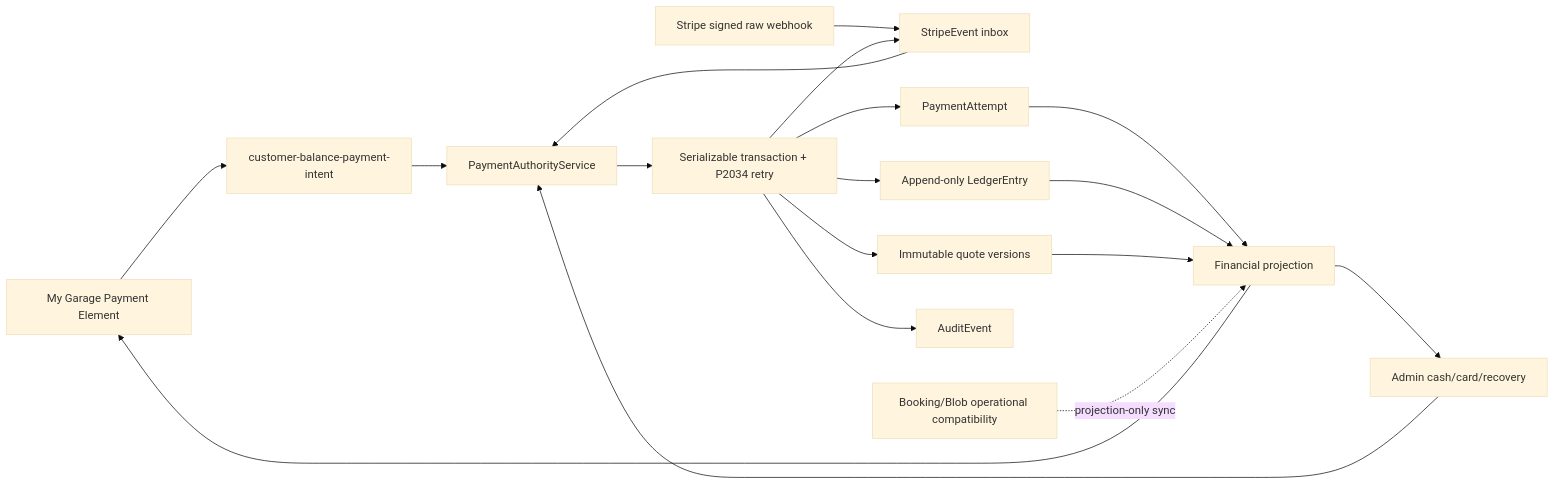
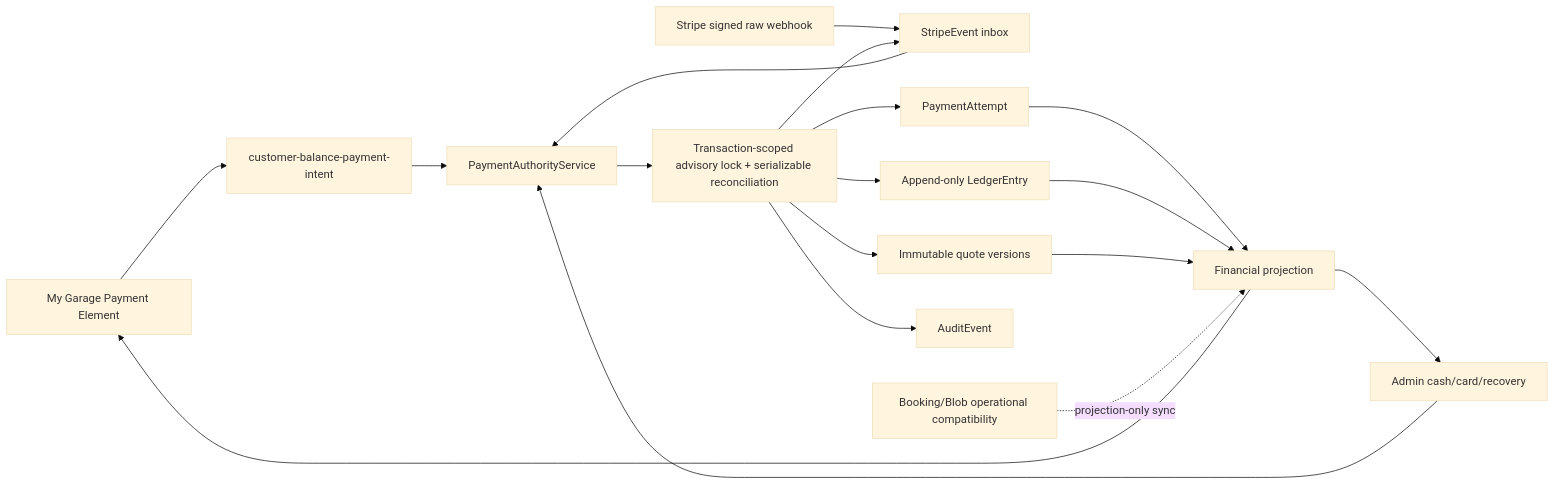
The second of 2 diagrams in docs/audit/financial-invariants-pr1-2026-08-05.md (mobiledetailusa-code/cardetail1-site), drawn with Mermaid (base theme) before and after one commit. The commit also changed other lines of this file, not shown here.

````diff
--- a/docs/audit/financial-invariants-pr1-2026-08-05.md
+++ b/docs/audit/financial-invariants-pr1-2026-08-05.md
@@ -46,20 +48,20 @@
 ```mermaid
 flowchart LR
   Garage["My Garage Payment Element"] --> BalanceFn["customer-balance-payment-intent"]
   Admin["Admin cash/card/recovery"] --> Authority["PaymentAuthorityService"]
   BalanceFn --> Authority
   Stripe["Stripe signed raw webhook"] --> Inbox["StripeEvent inbox"]
   Inbox --> Authority
-  Authority --> Tx["Serializable transaction + P2034 retry"]
+  Authority --> Tx["Transaction-scoped advisory lock + serializable reconciliation"]
   Tx --> Attempt["PaymentAttempt"]
   Tx --> Ledger["Append-only LedgerEntry"]
   Tx --> Quote["Immutable quote versions"]
   Tx --> Audit["AuditEvent"]
   Tx --> Inbox
   Projection["Financial projection"] --> Garage
   Projection --> Admin
   Attempt --> Projection
   Ledger --> Projection
   Quote --> Projection
   Blob["Booking/Blob operational compatibility"] -. "projection-only sync" .-> Projection
 ```
````
